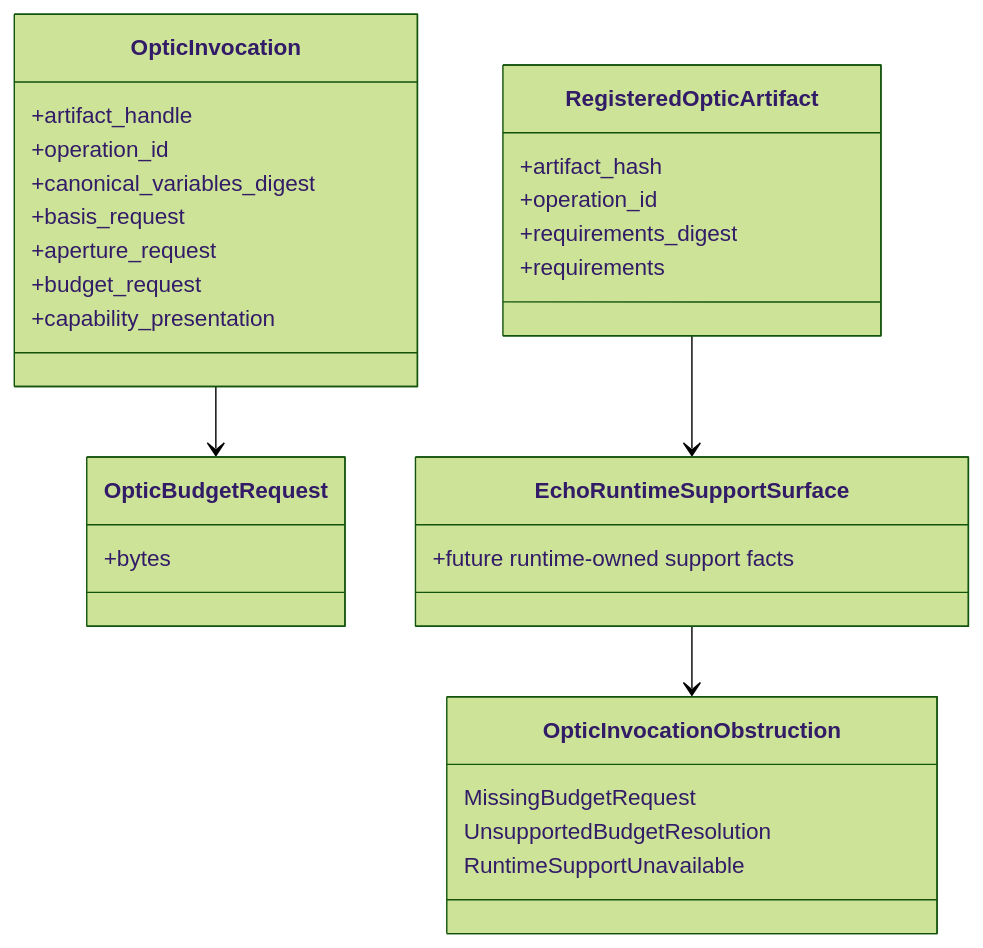
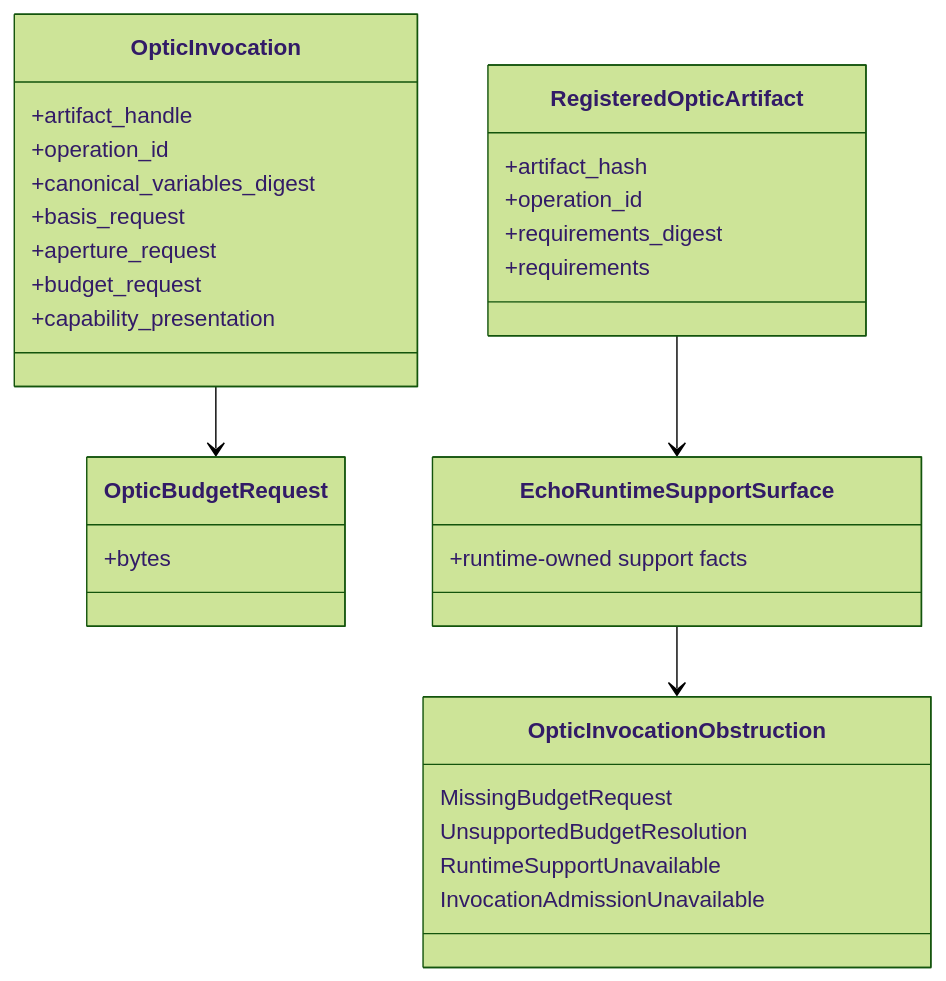
The third of 4 diagrams in docs/design/budget-and-runtime-support-optic-admission.md (flyingrobots/echo), drawn with Mermaid (forest theme) before and after one commit. The commit also changed other lines of this file, not shown here.

Commit message:
docs: update budget and runtime support admission checkpoint

````diff
--- a/docs/design/budget-and-runtime-support-optic-admission.md
+++ b/docs/design/budget-and-runtime-support-optic-admission.md
@@ -139,37 +148,38 @@
 ```mermaid
 classDiagram
   class OpticInvocation {
     +artifact_handle
     +operation_id
     +canonical_variables_digest
     +basis_request
     +aperture_request
     +budget_request
     +capability_presentation
   }
 
   class OpticBudgetRequest {
     +bytes
   }
 
   class OpticInvocationObstruction {
     MissingBudgetRequest
     UnsupportedBudgetResolution
     RuntimeSupportUnavailable
+    InvocationAdmissionUnavailable
   }
 
   class RegisteredOpticArtifact {
     +artifact_hash
     +operation_id
     +requirements_digest
     +requirements
   }
 
   class EchoRuntimeSupportSurface {
-    +future runtime-owned support facts
+    +runtime-owned support facts
   }
 
   OpticInvocation --> OpticBudgetRequest
   RegisteredOpticArtifact --> EchoRuntimeSupportSurface
   EchoRuntimeSupportSurface --> OpticInvocationObstruction
 ```
````
